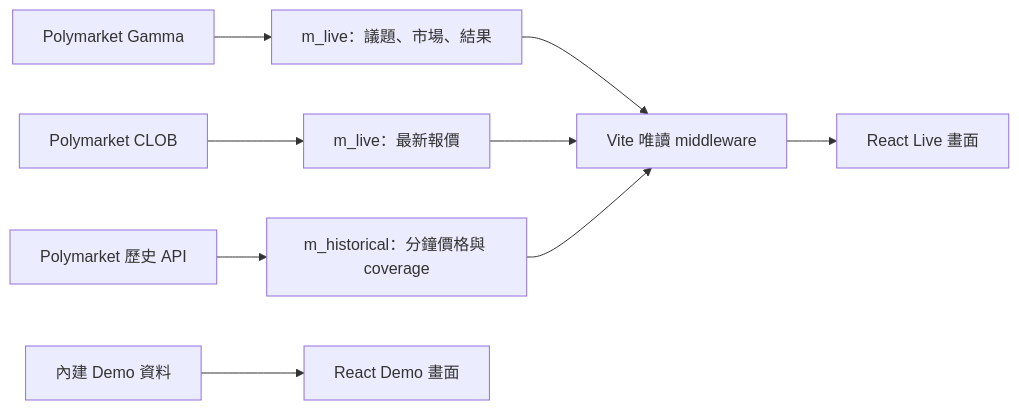
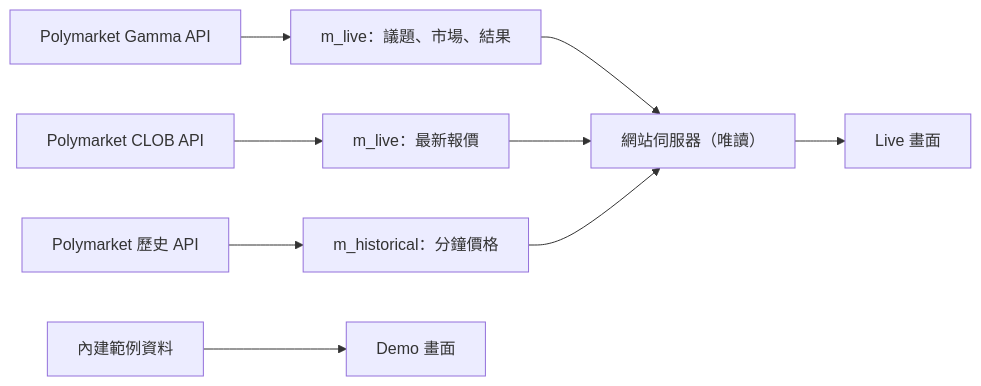
The diagram in README.md (LightingArb/lac), drawn with Mermaid before and after one commit. The commit also changed other lines of this file and 1 other file, not shown here.

````diff
--- a/README.md
+++ b/README.md
@@ -128,11 +161,11 @@
 ```mermaid
 flowchart LR
-    G["Polymarket Gamma"] --> M["m_live：議題、市場、結果"]
-    C["Polymarket CLOB"] --> Q["m_live：最新報價"]
-    H["Polymarket 歷史 API"] --> P["m_historical：分鐘價格與 coverage"]
-    M --> V["Vite 唯讀 middleware"]
+    G["Polymarket Gamma API"] --> M["m_live：議題、市場、結果"]
+    C["Polymarket CLOB API"] --> Q["m_live：最新報價"]
+    H["Polymarket 歷史 API"] --> P["m_historical：分鐘價格"]
+    M --> V["網站伺服器（唯讀）"]
     Q --> V
     P --> V
-    V --> L["React Live 畫面"]
-    D["內建 Demo 資料"] --> R["React Demo 畫面"]
+    V --> L["Live 畫面"]
+    D["內建範例資料"] --> R["Demo 畫面"]
 ```
````
